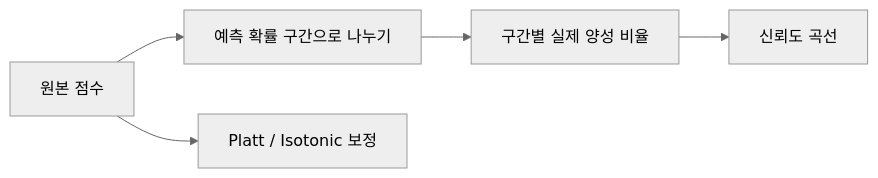
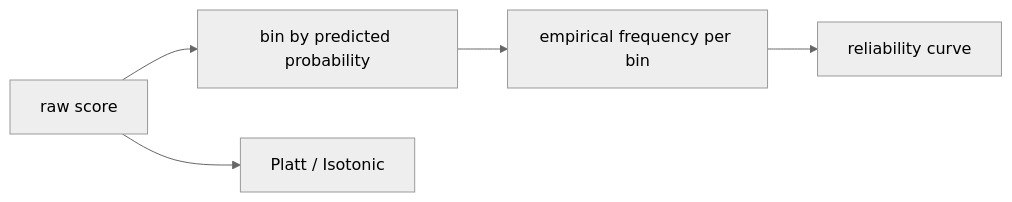
Before and after one commit to yeongseon-books/book-content: the diagram in content/model-evaluation-101/ko/07-calibration.md, drawn with Mermaid (neutral theme). The commit also changed other lines of this file and 9 other files, not shown here.

````diff
--- a/content/model-evaluation-101/ko/07-calibration.md
+++ b/content/model-evaluation-101/ko/07-calibration.md
@@ -55,7 +51,7 @@
 ```mermaid
 flowchart LR
-    Raw["원본 점수"] --> Bin["예측 확률 구간으로 나누기"]
-    Bin --> Freq["구간별 실제 양성 비율"]
-    Freq --> Reli["신뢰도 곡선"]
-    Raw --> Calib["Platt / Isotonic 보정"]
+    Raw["raw score"] --> Bin["bin by predicted probability"]
+    Bin --> Freq["empirical frequency per bin"]
+    Freq --> Reli["reliability curve"]
+    Raw --> Calib["Platt / Isotonic"]
 ```
````
